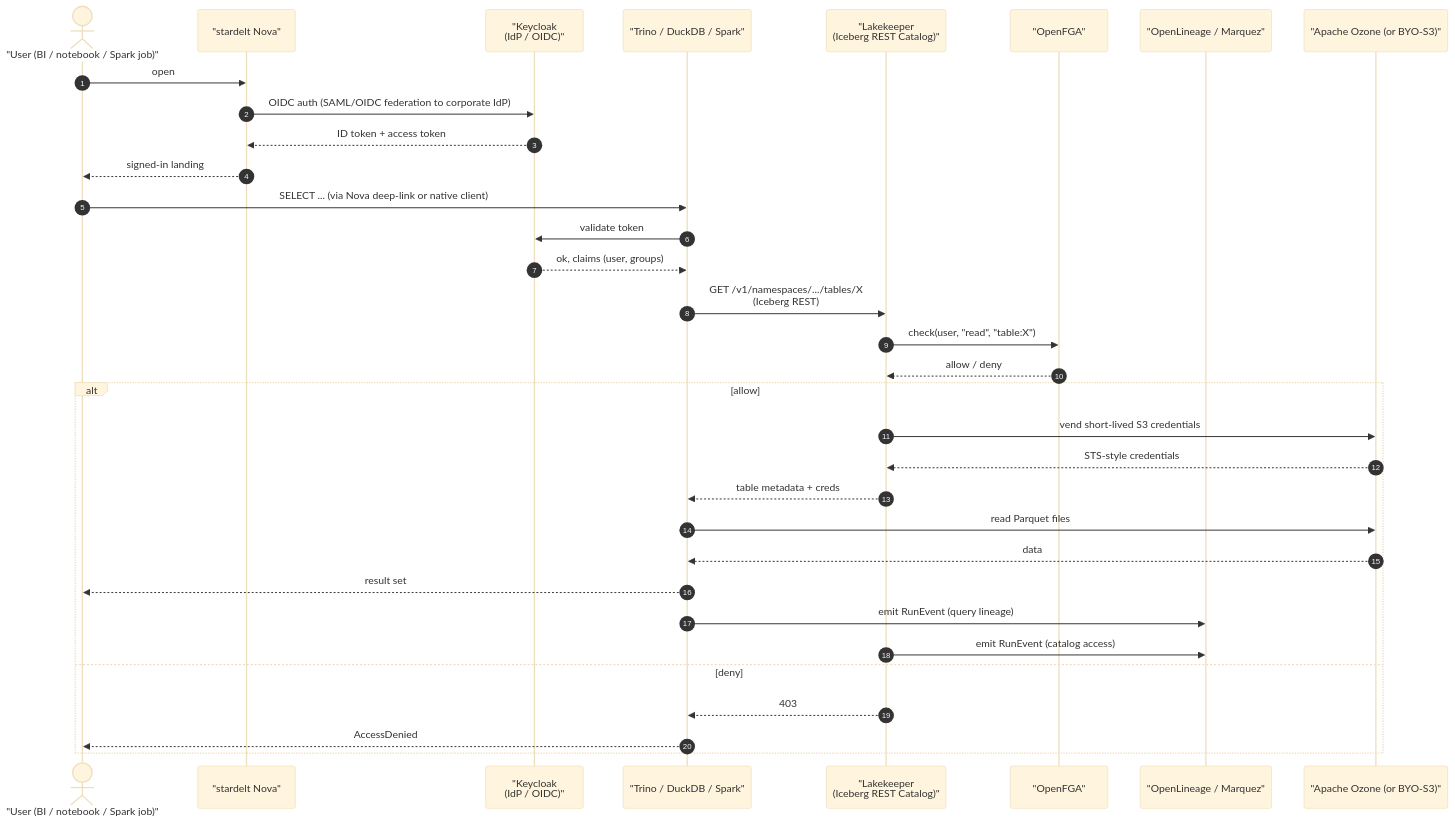
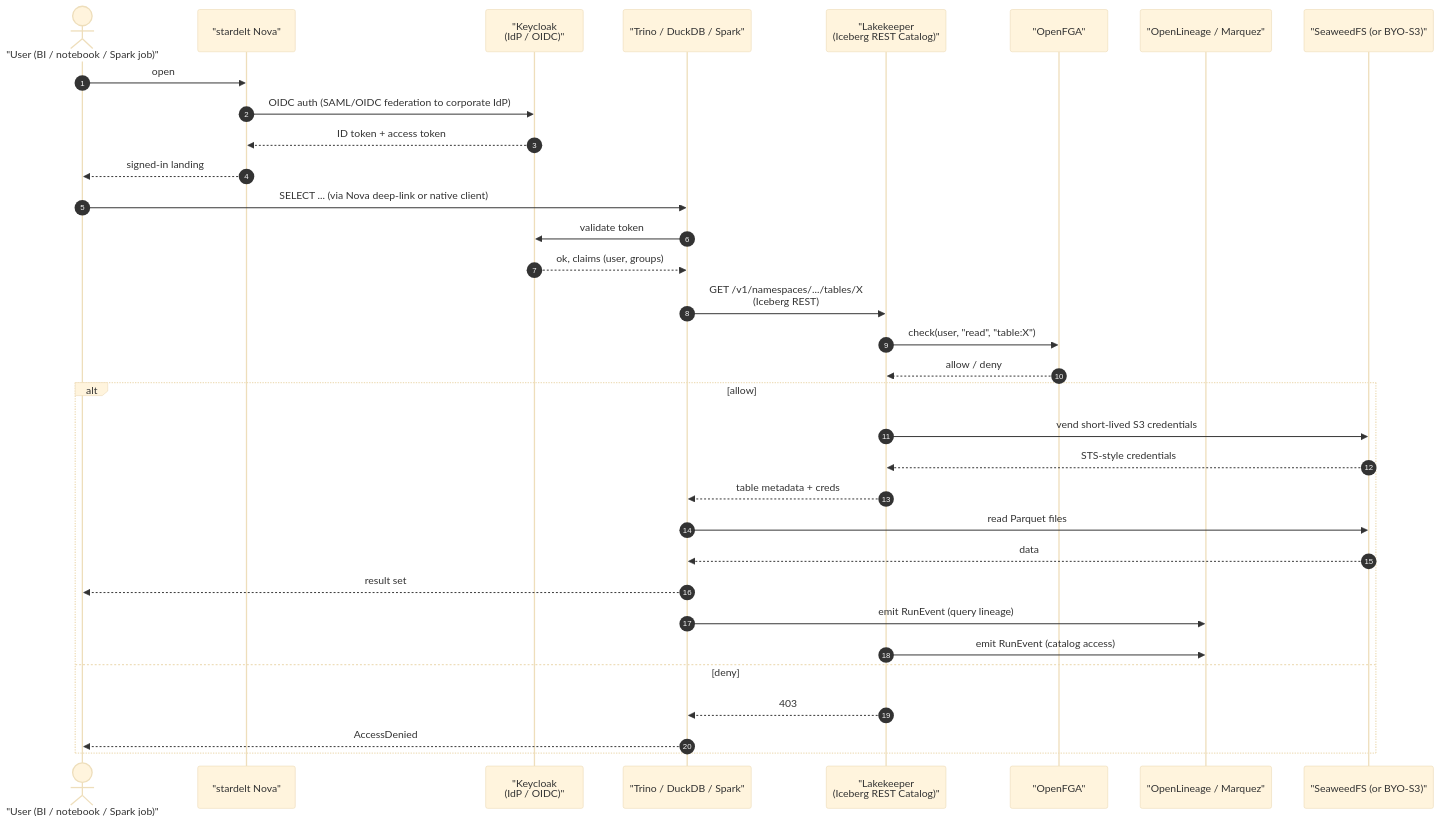
Before and after one commit to stardelt/stardelt-docs: the diagram in docs/diagrams/data-flow.md, drawn with Mermaid (base theme). The commit also changed other lines of this file and 8 other files, not shown here.

Commit message:
docs(issue-2): drop Ozone; SeaweedFS is the primary storage component

````diff
--- a/docs/diagrams/data-flow.md
+++ b/docs/diagrams/data-flow.md
@@ -10,38 +10,38 @@
 ```mermaid
 sequenceDiagram
   autonumber
   actor User as "User (BI / notebook / Spark job)"
   participant Nova as "stardelt Nova"
   participant KC as "Keycloak<br/>(IdP / OIDC)"
   participant Engine as "Trino / DuckDB / Spark"
   participant LK as "Lakekeeper<br/>(Iceberg REST Catalog)"
   participant FGA as "OpenFGA"
   participant OL as "OpenLineage / Marquez"
-  participant OZ as "Apache Ozone (or BYO-S3)"
+  participant SW as "SeaweedFS (or BYO-S3)"
 
   User->>Nova: open
   Nova->>KC: OIDC auth (SAML/OIDC federation to corporate IdP)
   KC-->>Nova: ID token + access token
   Nova-->>User: signed-in landing
 
   User->>Engine: SELECT ... (via Nova deep-link or native client)
   Engine->>KC: validate token
   KC-->>Engine: ok, claims (user, groups)
 
   Engine->>LK: GET /v1/namespaces/.../tables/X<br/>(Iceberg REST)
   LK->>FGA: check(user, "read", "table:X")
   FGA-->>LK: allow / deny
   alt allow
-    LK->>OZ: vend short-lived S3 credentials
-    OZ-->>LK: STS-style credentials
+    LK->>SW: vend short-lived S3 credentials
+    SW-->>LK: STS-style credentials
     LK-->>Engine: table metadata + creds
-    Engine->>OZ: read Parquet files
-    OZ-->>Engine: data
+    Engine->>SW: read Parquet files
+    SW-->>Engine: data
     Engine-->>User: result set
     Engine->>OL: emit RunEvent (query lineage)
     LK->>OL: emit RunEvent (catalog access)
   else deny
     LK-->>Engine: 403
     Engine-->>User: AccessDenied
   end
 ```
````
